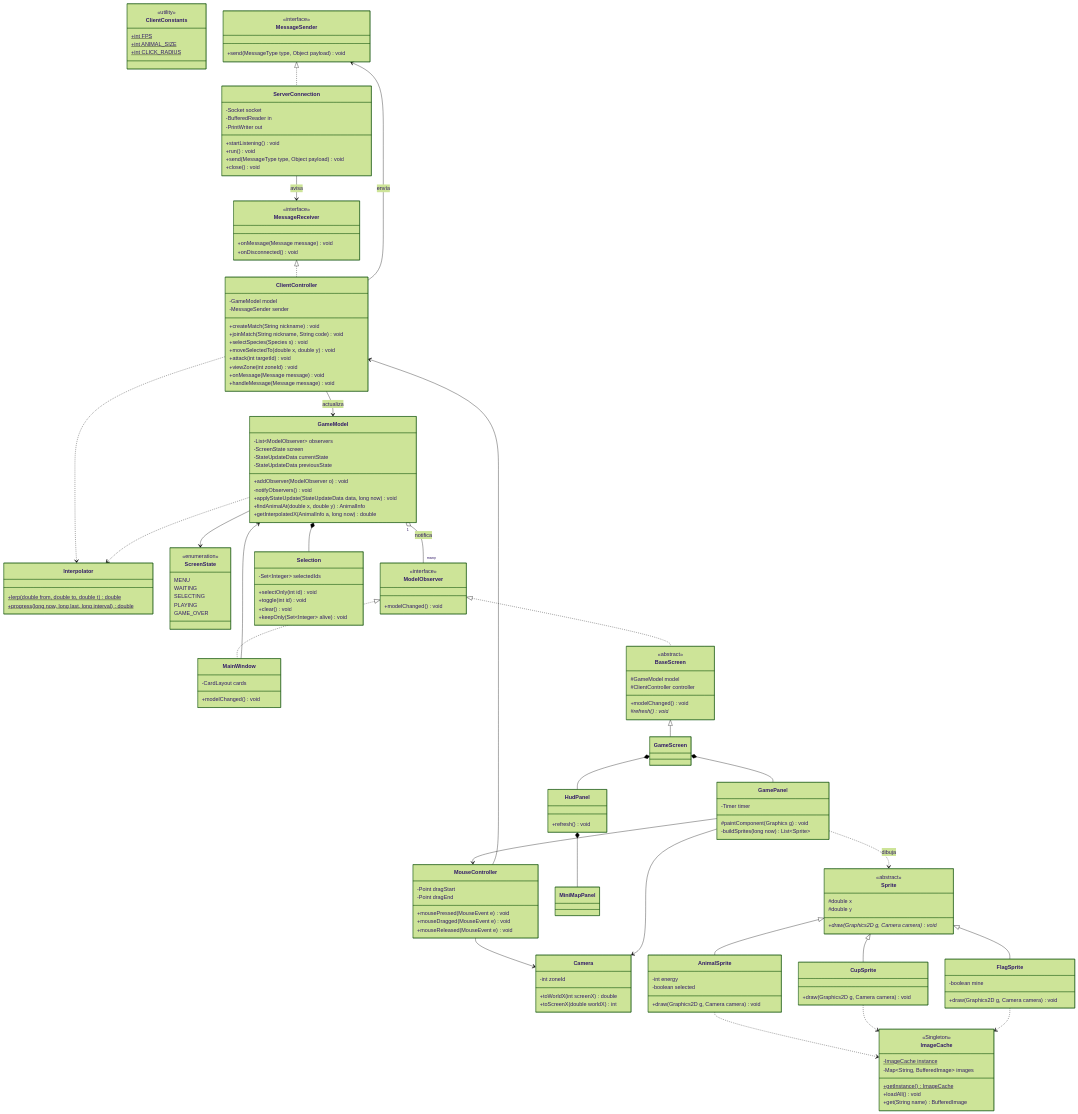
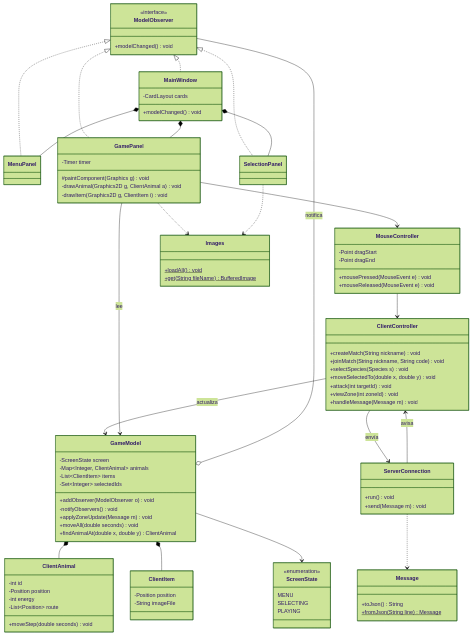
The diagram in CASO #2/Spec-cliente.md (ChiefPat04/POO), drawn with Mermaid (forest theme) before and after one commit. The commit also changed other lines of this file and 1 other file, not shown here.

````diff
--- a/CASO #2/Spec-cliente.md
+++ b/CASO #2/Spec-cliente.md
@@ -506,167 +331,100 @@
 classDiagram
     direction TB
 
-    class ClientConstants {
-        <<utility>>
-        +int FPS$
-        +int ANIMAL_SIZE$
-        +int CLICK_RADIUS$
-    }
-    class Interpolator {
-        +lerp(double from, double to, double t)$ double
-        +progress(long now, long last, long interval)$ double
-    }
-
-    class MessageSender {
-        <<interface>>
-        +send(MessageType type, Object payload) void
-    }
-    class MessageReceiver {
-        <<interface>>
-        +onMessage(Message message) void
-        +onDisconnected() void
-    }
-    class ServerConnection {
-        -Socket socket
-        -BufferedReader in
-        -PrintWriter out
-        +startListening() void
-        +run() void
-        +send(MessageType type, Object payload) void
-        +close() void
-    }
-
-    class ScreenState {
-        <<enumeration>>
-        MENU
-        WAITING
-        SELECTING
-        PLAYING
-        GAME_OVER
-    }
     class ModelObserver {
         <<interface>>
         +modelChanged() void
     }
     class GameModel {
-        -List~ModelObserver~ observers
         -ScreenState screen
-        -StateUpdateData currentState
-        -StateUpdateData previousState
+        -Map~Integer, ClientAnimal~ animals
+        -List~ClientItem~ items
+        -Set~Integer~ selectedIds
         +addObserver(ModelObserver o) void
         -notifyObservers() void
-        +applyStateUpdate(StateUpdateData data, long now) void
-        +findAnimalAt(double x, double y) AnimalInfo
-        +getInterpolatedX(AnimalInfo a, long now) double
+        +applyZoneUpdate(Message m) void
+        +moveAll(double seconds) void
+        +findAnimalAt(double x, double y) ClientAnimal
     }
-    class Selection {
-        -Set~Integer~ selectedIds
-        +selectOnly(int id) void
-        +toggle(int id) void
-        +clear() void
-        +keepOnly(Set~Integer~ alive) void
+    class ClientAnimal {
+        -int id
+        -Position position
+        -int energy
+        -List~Position~ route
+        +moveStep(double seconds) void
+    }
+    class ClientItem {
+        -Position position
+        -String imageFile
+    }
+    class ScreenState {
+        <<enumeration>>
+        MENU
+        SELECTING
+        PLAYING
     }
 
     class ClientController {
-        -GameModel model
-        -MessageSender sender
         +createMatch(String nickname) void
         +joinMatch(String nickname, String code) void
         +selectSpecies(Species s) void
         +moveSelectedTo(double x, double y) void
         +attack(int targetId) void
         +viewZone(int zoneId) void
-        +onMessage(Message message) void
-        +handleMessage(Message message) void
+        +handleMessage(Message m) void
     }
     class MouseController {
         -Point dragStart
         -Point dragEnd
         +mousePressed(MouseEvent e) void
-        +mouseDragged(MouseEvent e) void
         +mouseReleased(MouseEvent e) void
     }
+    class ServerConnection {
+        +run() void
+        +send(Message m) void
+    }
 
-    class Camera {
-        -int zoneId
-        +toWorldX(int screenX) double
-        +toScreenX(double worldX) int
-    }
-    class ImageCache {
-        <<Singleton>>
-        -ImageCache instance$
-        -Map~String, BufferedImage~ images
-        +getInstance()$ ImageCache
-        +loadAll() void
-        +get(String name) BufferedImage
-    }
     class MainWindow {
         -CardLayout cards
         +modelChanged() void
     }
-    class BaseScreen {
-        <<abstract>>
-        #GameModel model
-        #ClientController controller
-        +modelChanged() void
-        #refresh()* void
-    }
-    class GameScreen
+    class MenuPanel
+    class SelectionPanel
     class GamePanel {
         -Timer timer
         #paintComponent(Graphics g) void
-        -buildSprites(long now) List~Sprite~
+        -drawAnimal(Graphics2D g, ClientAnimal a) void
+        -drawItem(Graphics2D g, ClientItem i) void
     }
-    class HudPanel {
-        +refresh() void
+    class Images {
+        +loadAll()$ void
+        +get(String fileName)$ BufferedImage
     }
-    class MiniMapPanel
-    class Sprite {
-        <<abstract>>
-        #double x
-        #double y
-        +draw(Graphics2D g, Camera camera)* void
-    }
-    class AnimalSprite {
-        -int energy
-        -boolean selected
-        +draw(Graphics2D g, Camera camera) void
-    }
-    class CupSprite {
-        +draw(Graphics2D g, Camera camera) void
-    }
-    class FlagSprite {
-        -boolean mine
-        +draw(Graphics2D g, Camera camera) void
+    class Message {
+        +toJson() String
+        +fromJson(String line)$ Message
     }
 
-    MessageSender <|.. ServerConnection
-    MessageReceiver <|.. ClientController
     ModelObserver <|.. MainWindow
-    ModelObserver <|.. BaseScreen
-    BaseScreen <|-- GameScreen
-    Sprite <|-- AnimalSprite
-    Sprite <|-- CupSprite
-    Sprite <|-- FlagSprite
+    ModelObserver <|.. MenuPanel
+    ModelObserver <|.. SelectionPanel
+    ModelObserver <|.. GamePanel
 
-    ServerConnection --> MessageReceiver : avisa
-    ClientController --> MessageSender : envía
+    GameModel o-- ModelObserver : notifica
+    GameModel *-- ClientAnimal
+    GameModel *-- ClientItem
+    GameModel --> ScreenState
+
     ClientController --> GameModel : actualiza
-    GameModel "1" o-- "many" ModelObserver : notifica
-    GameModel *-- Selection
-    GameModel --> ScreenState
+    ClientController --> ServerConnection : envía
+    ServerConnection --> ClientController : avisa
+    ServerConnection ..> Message
     MouseController --> ClientController
-    MouseController --> Camera
-    MainWindow --> GameModel
-    GameScreen *-- GamePanel
-    GameScreen *-- HudPanel
-    HudPanel *-- MiniMapPanel
-    GamePanel --> Camera
     GamePanel --> MouseController
-    GamePanel ..> Sprite : dibuja
-    AnimalSprite ..> ImageCache
-    CupSprite ..> ImageCache
-    FlagSprite ..> ImageCache
-    ClientController ..> Interpolator
-    GameModel ..> Interpolator
+    GamePanel --> GameModel : lee
+    GamePanel ..> Images
+    SelectionPanel ..> Images
+    MainWindow *-- MenuPanel
+    MainWindow *-- SelectionPanel
+    MainWindow *-- GamePanel
 ```
````
